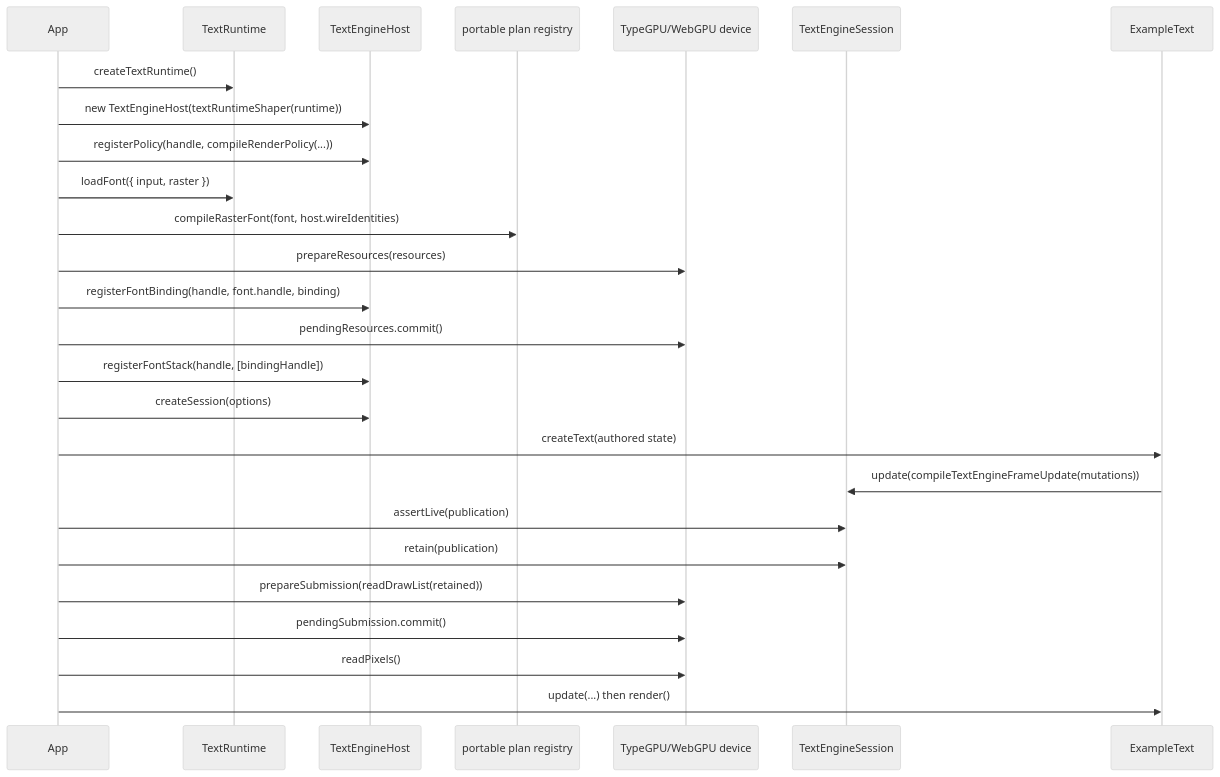
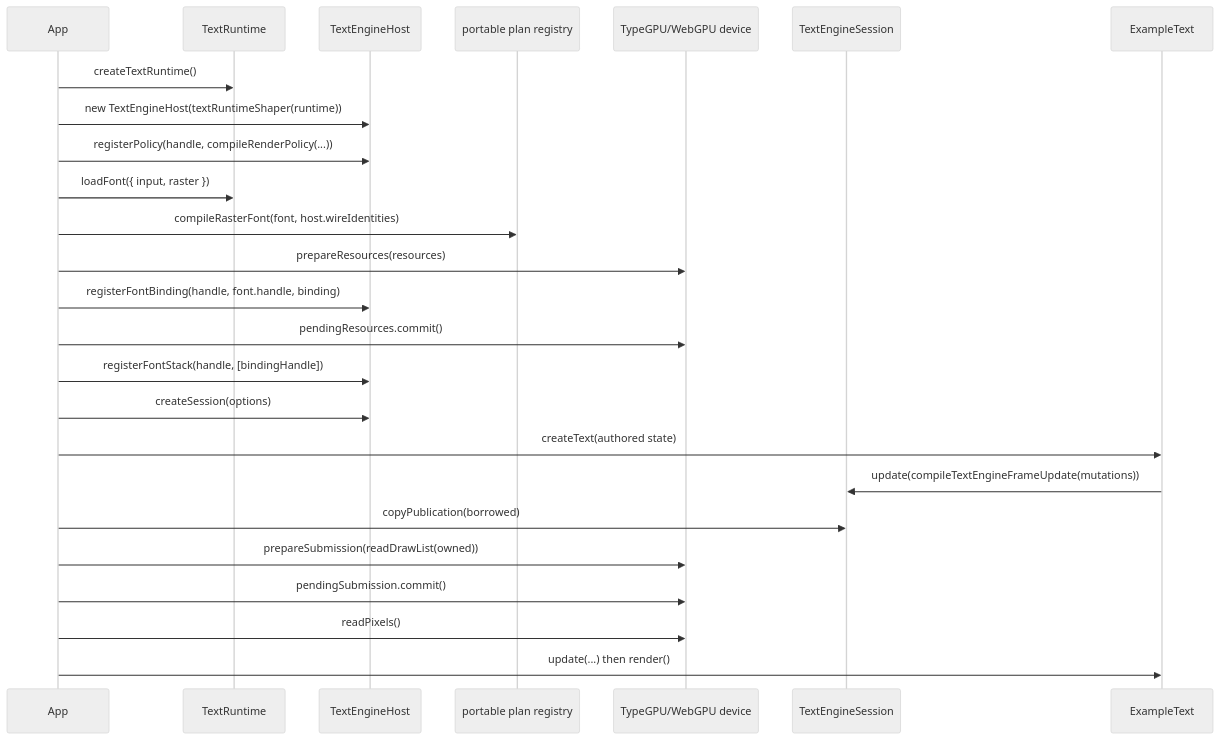
Before and after one commit to pmndrs/glyph: the second of 5 diagrams in docs/guides/technique-implementation-report.md, drawn with Mermaid (neutral theme). The commit also changed other lines of this file and 34 other files, not shown here.

````diff
--- a/docs/guides/technique-implementation-report.md
+++ b/docs/guides/technique-implementation-report.md
@@ -113,29 +113,28 @@
 ```mermaid
 sequenceDiagram
   participant App
   participant Runtime as TextRuntime
   participant Host as TextEngineHost
   participant Plan as portable plan registry
   participant Device as TypeGPU/WebGPU device
   participant Session as TextEngineSession
   participant Text as ExampleText
 
   App->>Runtime: createTextRuntime()
   App->>Host: new TextEngineHost(textRuntimeShaper(runtime))
   App->>Host: registerPolicy(handle, compileRenderPolicy(...))
   App->>Runtime: loadFont({ input, raster })
   App->>Plan: compileRasterFont(font, host.wireIdentities)
   App->>Device: prepareResources(resources)
   App->>Host: registerFontBinding(handle, font.handle, binding)
   App->>Device: pendingResources.commit()
   App->>Host: registerFontStack(handle, [bindingHandle])
   App->>Host: createSession(options)
   App->>Text: createText(authored state)
   Text->>Session: update(compileTextEngineFrameUpdate(mutations))
-  App->>Session: assertLive(publication)
-  App->>Session: retain(publication)
-  App->>Device: prepareSubmission(readDrawList(retained))
+  App->>Session: copyPublication(borrowed)
+  App->>Device: prepareSubmission(readDrawList(owned))
   App->>Device: pendingSubmission.commit()
   App->>Device: readPixels()
   App->>Text: update(...) then render()
 ```
````
